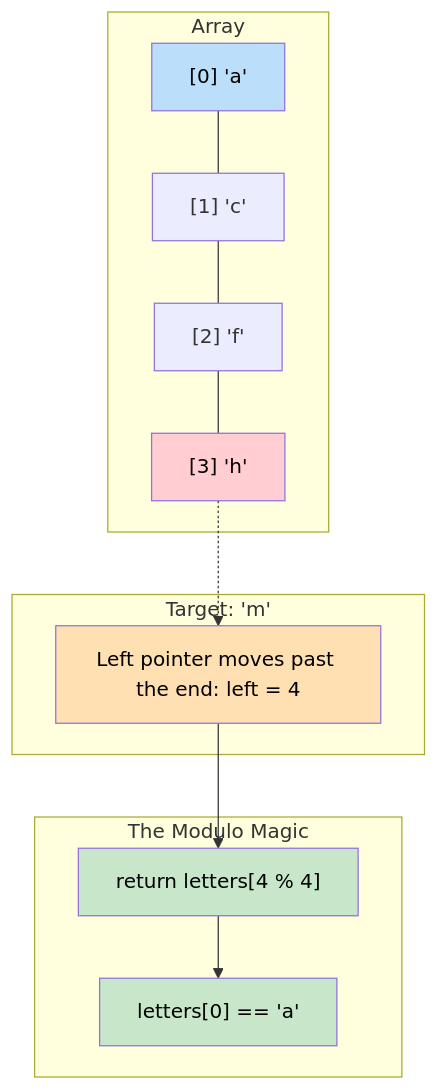
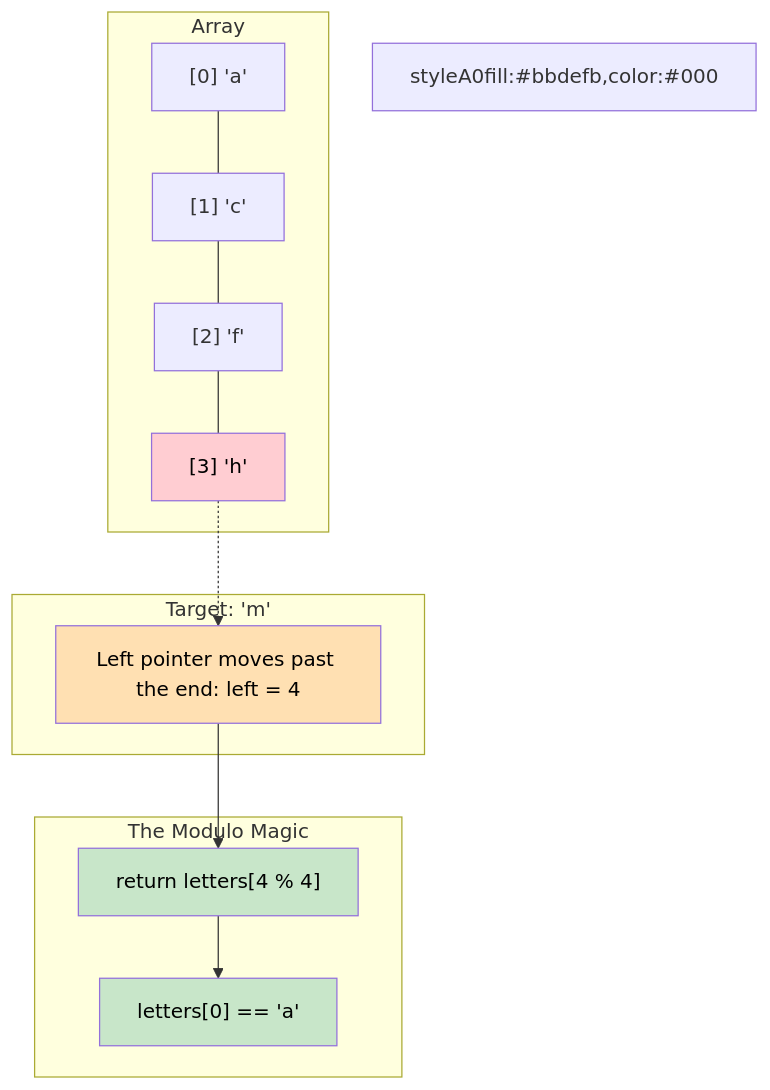
Before and after one commit to vadde/DSA: the diagram in 17 - Modified Binary Search/problem_03_next_letter_walkthrough.md, drawn with Mermaid. The commit also changed 245 other files, not shown here.

First line of the commit message:
fix: Forensic fix of all Mermaid rendering issues across entire DSA repo + add pre-commit validation infrastructure

````diff
--- a/17 - Modified Binary Search/problem_03_next_letter_walkthrough.md
+++ b/17 - Modified Binary Search/problem_03_next_letter_walkthrough.md
@@ -63,25 +63,25 @@
 ```mermaid
 flowchart TD
     subgraph Array
         A0["[0] 'a'"] --- A1["[1] 'c'"] --- A2["[2] 'f'"] --- A3["[3] 'h'"]
     end
     
-    subgraph Target: 'm'
+    subgraph TargetM ["Target: 'm'"]
         M1["Left pointer moves past the end: left = 4"]
     end
     
-    subgraph The Modulo Magic
+    subgraph TheModuloMagic [The Modulo Magic]
         Mod["return letters[4 % 4]"]
         Idx["letters[0] == 'a'"]
     end
-    
-    A3 -.-> M1
-    M1 --> Mod
+
+A3 -.-> M1
+M1 --> Mod
     Mod --> Idx
-    
-    style A0 fill:#bbdefb,color:#000
+
+styleA0fill:#bbdefb,color:#000
     style A3 fill:#ffcdd2,color:#000
     style M1 fill:#ffe0b2,color:#000
     style Mod fill:#c8e6c9,color:#000
     style Idx fill:#c8e6c9,color:#000
 ```
````
